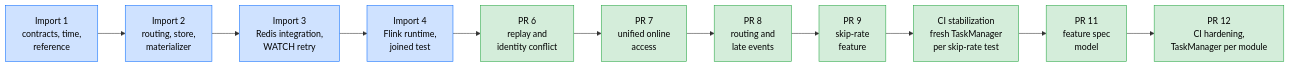
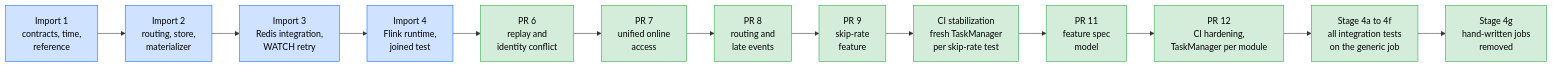
The diagram in docs/streaming-migration.md (oster-dev/featureforge), drawn with Mermaid before and after one commit. The commit also changed other lines of this file and 15 other files, not shown here.

First line of the commit message:
refactor: remove the hand-written feature jobs (#27)

````diff
--- a/docs/streaming-migration.md
+++ b/docs/streaming-migration.md
@@ -20,16 +20,18 @@
 ```mermaid
 flowchart LR
     I1[Import 1<br/>contracts, time,<br/>reference]:::imp --> I2[Import 2<br/>routing, store,<br/>materializer]:::imp
     I2 --> I3[Import 3<br/>Redis integration,<br/>WATCH retry]:::imp
     I3 --> I4[Import 4<br/>Flink runtime,<br/>joined test]:::imp
     I4 --> D1[PR 6<br/>replay and<br/>identity conflict]:::dev
     D1 --> D2[PR 7<br/>unified online<br/>access]:::dev
     D2 --> D3[PR 8<br/>routing and<br/>late events]:::dev
     D3 --> D4[PR 9<br/>skip-rate<br/>feature]:::dev
     D4 --> D5[CI stabilization<br/>fresh TaskManager<br/>per skip-rate test]:::dev
     D5 --> D6[PR 11<br/>feature spec<br/>model]:::dev
     D6 --> D7[PR 12<br/>CI hardening,<br/>TaskManager per module]:::dev
+    D7 --> D8[Stage 4a to 4f<br/>all integration tests<br/>on the generic job]:::dev
+    D8 --> D9[Stage 4g<br/>hand-written jobs<br/>removed]:::dev
 
     classDef imp fill:#cfe2ff,stroke:#0d6efd,color:#000
     classDef dev fill:#d4edda,stroke:#28a745,color:#000
 ```
````
